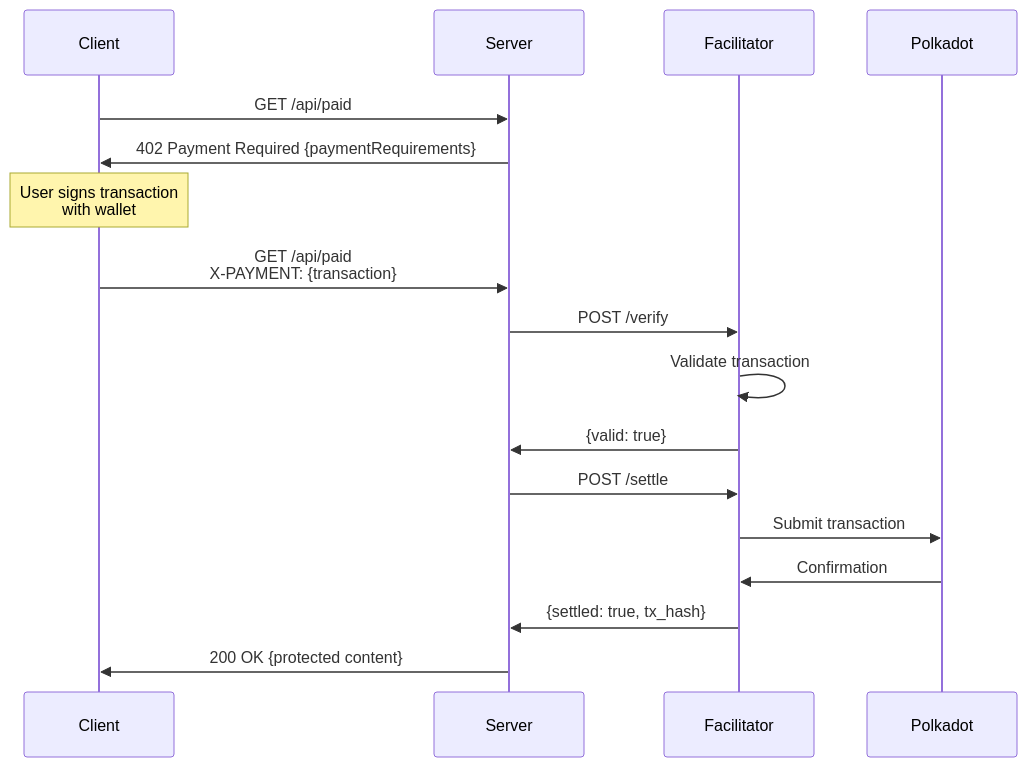
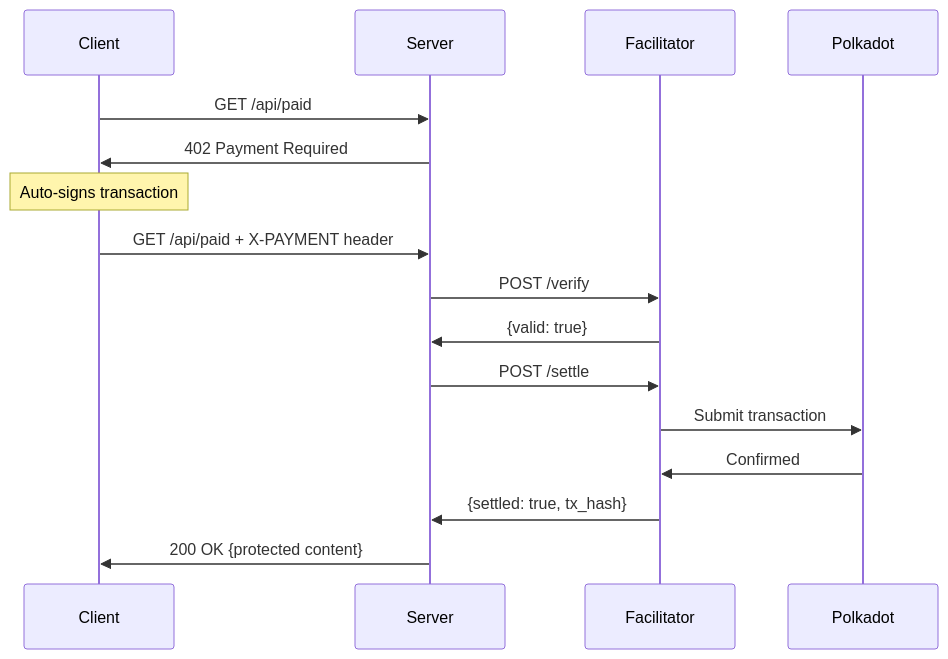
Before and after one commit to crypto-priest/x402-polkadot: the diagram in README.md, drawn with Mermaid. The commit also changed other lines of this file and 14 other files, not shown here.

Commit message:
Complete README and code structure for x402 Polkadot Payment System demo

````diff
--- a/README.md
+++ b/README.md
@@ -38,24 +21,23 @@
 ```mermaid
 sequenceDiagram
     participant Client
     participant Server
     participant Facilitator
     participant Polkadot
 
     Client->>Server: GET /api/paid
-    Server->>Client: 402 Payment Required {paymentRequirements}
+    Server->>Client: 402 Payment Required
 
-    Note over Client: User signs transaction<br/>with wallet
+    Note over Client: Auto-signs transaction
 
-    Client->>Server: GET /api/paid<br/>X-PAYMENT: {transaction}
+    Client->>Server: GET /api/paid + X-PAYMENT header
     Server->>Facilitator: POST /verify
-    Facilitator->>Facilitator: Validate transaction
     Facilitator->>Server: {valid: true}
 
     Server->>Facilitator: POST /settle
     Facilitator->>Polkadot: Submit transaction
-    Polkadot->>Facilitator: Confirmation
+    Polkadot->>Facilitator: Confirmed
     Facilitator->>Server: {settled: true, tx_hash}
 
     Server->>Client: 200 OK {protected content}
 ```
````
